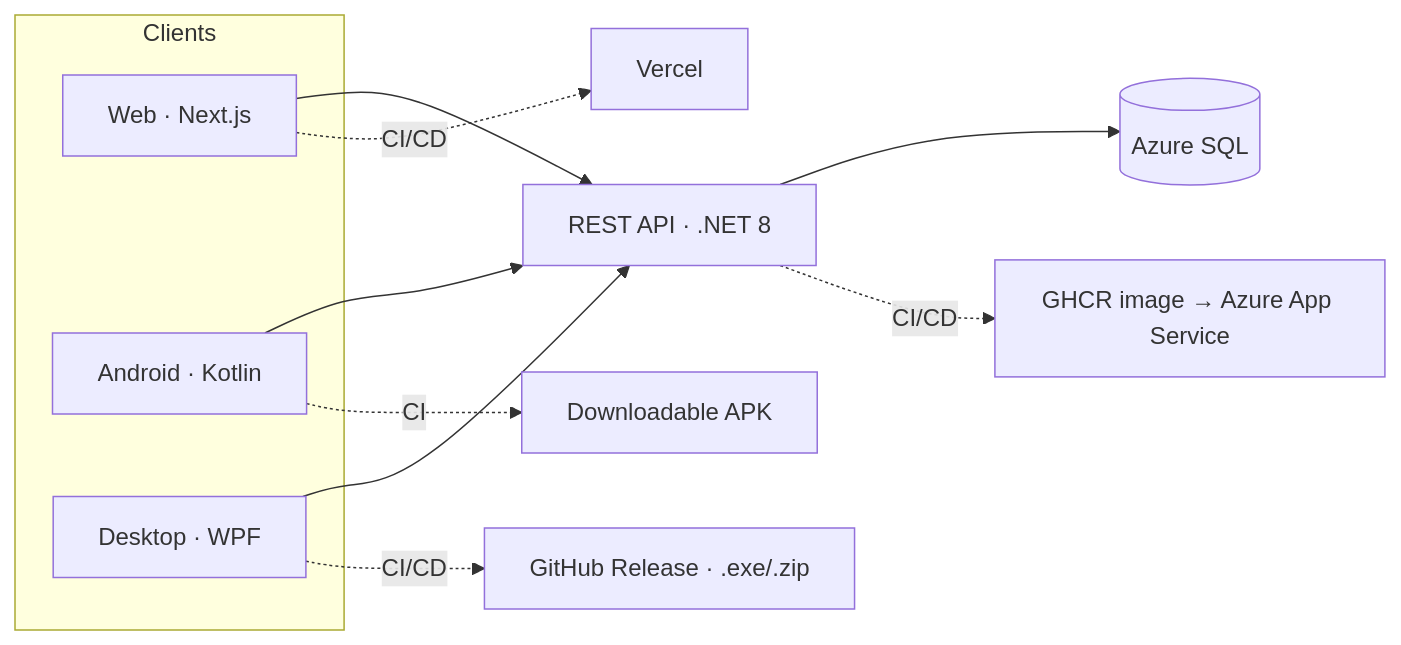
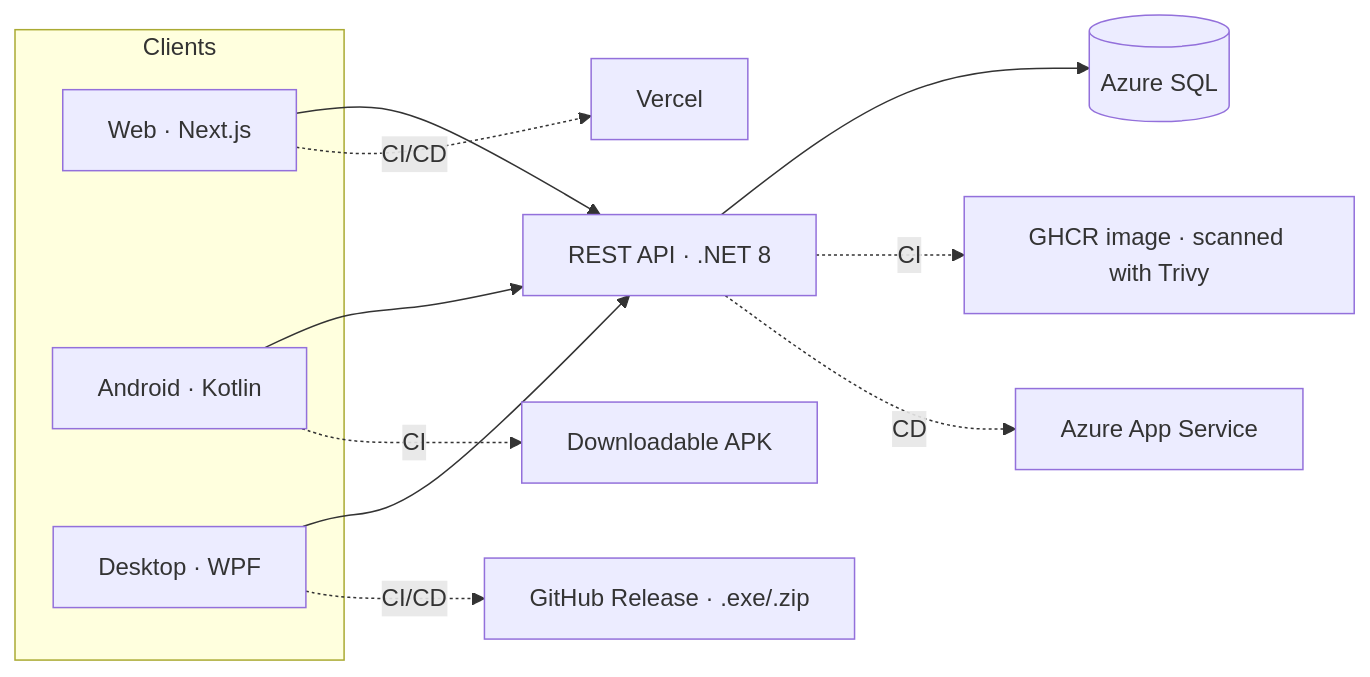
Before and after one commit to antonicr1986/antonicr1986: the diagram in README.en.md, drawn with Mermaid. The commit also changed 1 other file, not shown here.

Commit message:
Show GHCR publishing and Azure deploy as separate steps in diagram

````diff
--- a/README.en.md
+++ b/README.en.md
@@ -30,21 +30,22 @@
 ```mermaid
 flowchart LR
     subgraph Clients
         WEB[Web · Next.js]
         AND[Android · Kotlin]
         DESK[Desktop · WPF]
     end
 
     API[REST API · .NET 8]
     DB[(Azure SQL)]
 
     WEB --> API
     AND --> API
     DESK --> API
     API --> DB
 
-    API -. CI/CD .-> AZ[GHCR image → Azure App Service]
+    API -. CI .-> GHCR[GHCR image · scanned with Trivy]
+    API -. CD .-> AZ[Azure App Service]
     WEB -. CI/CD .-> VER[Vercel]
     AND -. CI .-> APK[Downloadable APK]
     DESK -. CI/CD .-> REL[GitHub Release · .exe/.zip]
 ```
````
